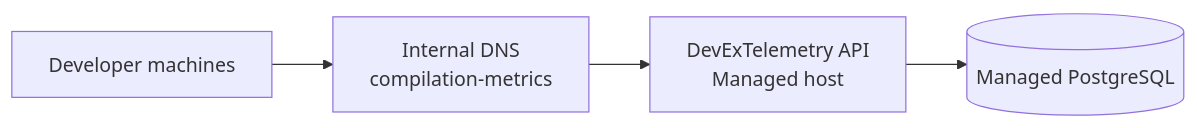
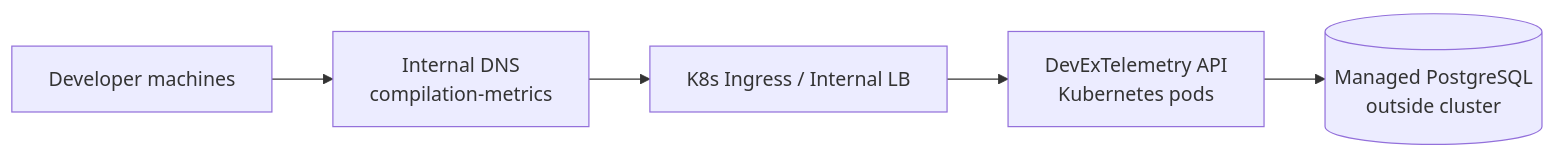
The second of 2 diagrams in docs/deployment-scenarios.md (agoda-com/Local-Dev-Telemetry-Manager), drawn with Mermaid before and after one commit. The commit also changed other lines of this file, not shown here.

Commit message:
Docs: add compose example, k8s+helm scenario, and DNS guidance

````diff
--- a/docs/deployment-scenarios.md
+++ b/docs/deployment-scenarios.md
@@ -32,6 +60,7 @@
 ```mermaid
 flowchart LR
   Clients["Developer machines"] --> DNS["Internal DNS<br/>compilation-metrics"]
-  DNS --> API["DevExTelemetry API<br/>Managed host"]
-  API --> DB[("Managed PostgreSQL")]
+  DNS --> Ingress["K8s Ingress / Internal LB"]
+  Ingress --> App["DevExTelemetry API<br/>Kubernetes pods"]
+  App --> DB[("Managed PostgreSQL<br/>outside cluster")]
 ```
````
